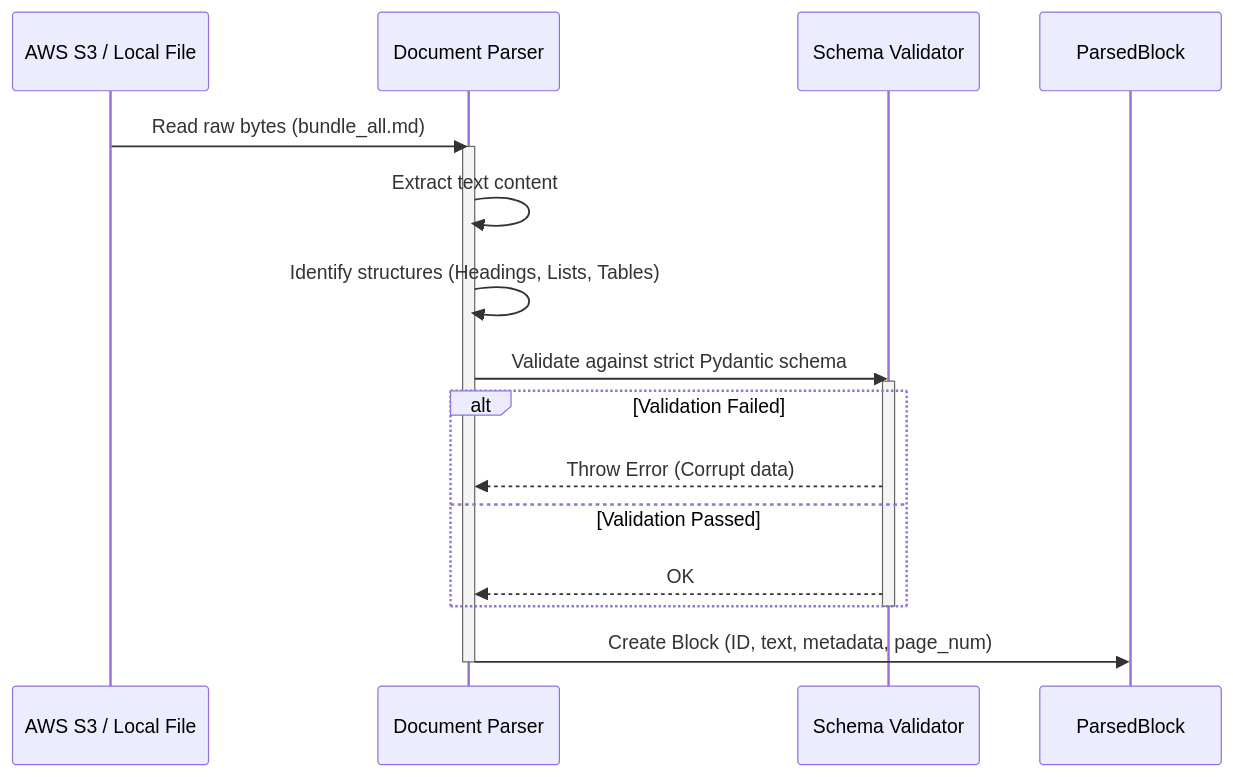
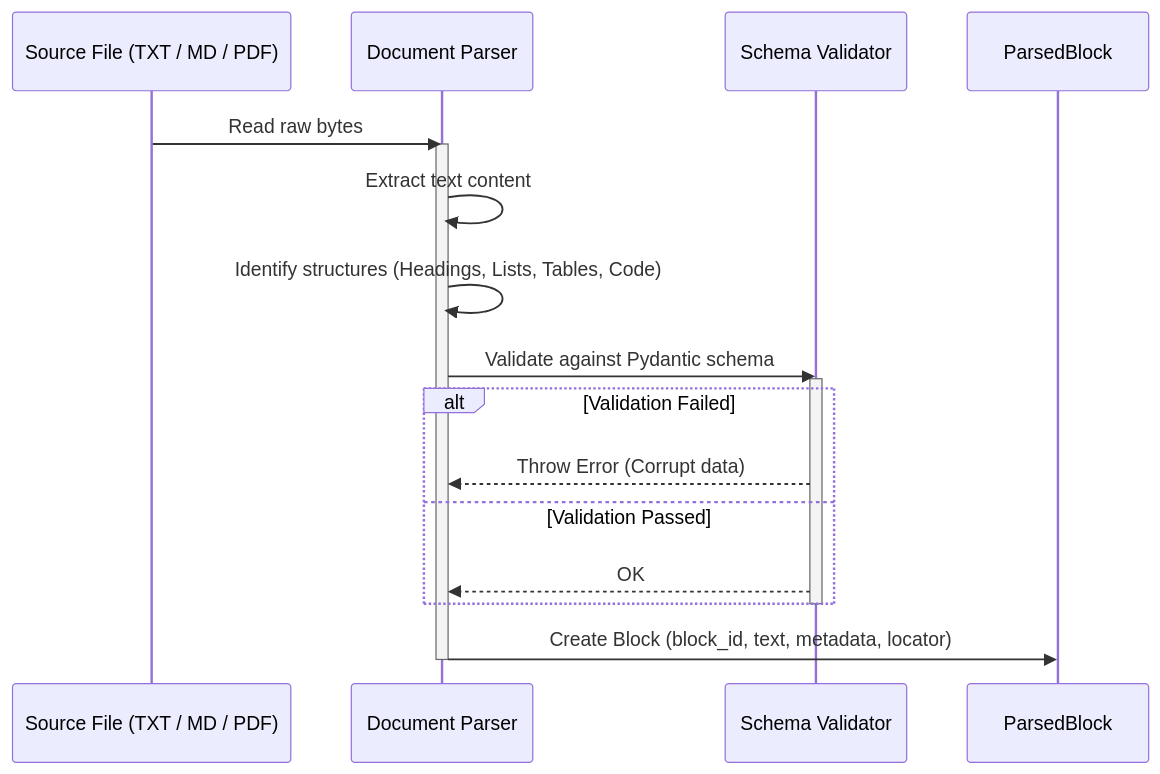
The second of 7 diagrams in Architecture/13-rag-pipeline-design.md (TatVan-24/StudyBot), drawn with Mermaid before and after one commit. The commit also changed other lines of this file and 10 other files, not shown here.

````diff
--- a/Architecture/13-rag-pipeline-design.md
+++ b/Architecture/13-rag-pipeline-design.md
@@ -70,22 +81,22 @@
 ```mermaid
 sequenceDiagram
-    participant S3 as AWS S3 / Local File
+    participant S as Source File (TXT / MD / PDF)
     participant P as Document Parser
     participant V as Schema Validator
     participant B as ParsedBlock
 
-    S3->>P: Read raw bytes (bundle_all.md)
+    S->>P: Read raw bytes
     activate P
     P->>P: Extract text content
-    P->>P: Identify structures (Headings, Lists, Tables)
-    P->>V: Validate against strict Pydantic schema
+    P->>P: Identify structures (Headings, Lists, Tables, Code)
+    P->>V: Validate against Pydantic schema
     activate V
     alt Validation Failed
         V-->>P: Throw Error (Corrupt data)
     else Validation Passed
         V-->>P: OK
     end
     deactivate V
-    P->>B: Create Block (ID, text, metadata, page_num)
+    P->>B: Create Block (block_id, text, metadata, locator)
     deactivate P
 ```
````
